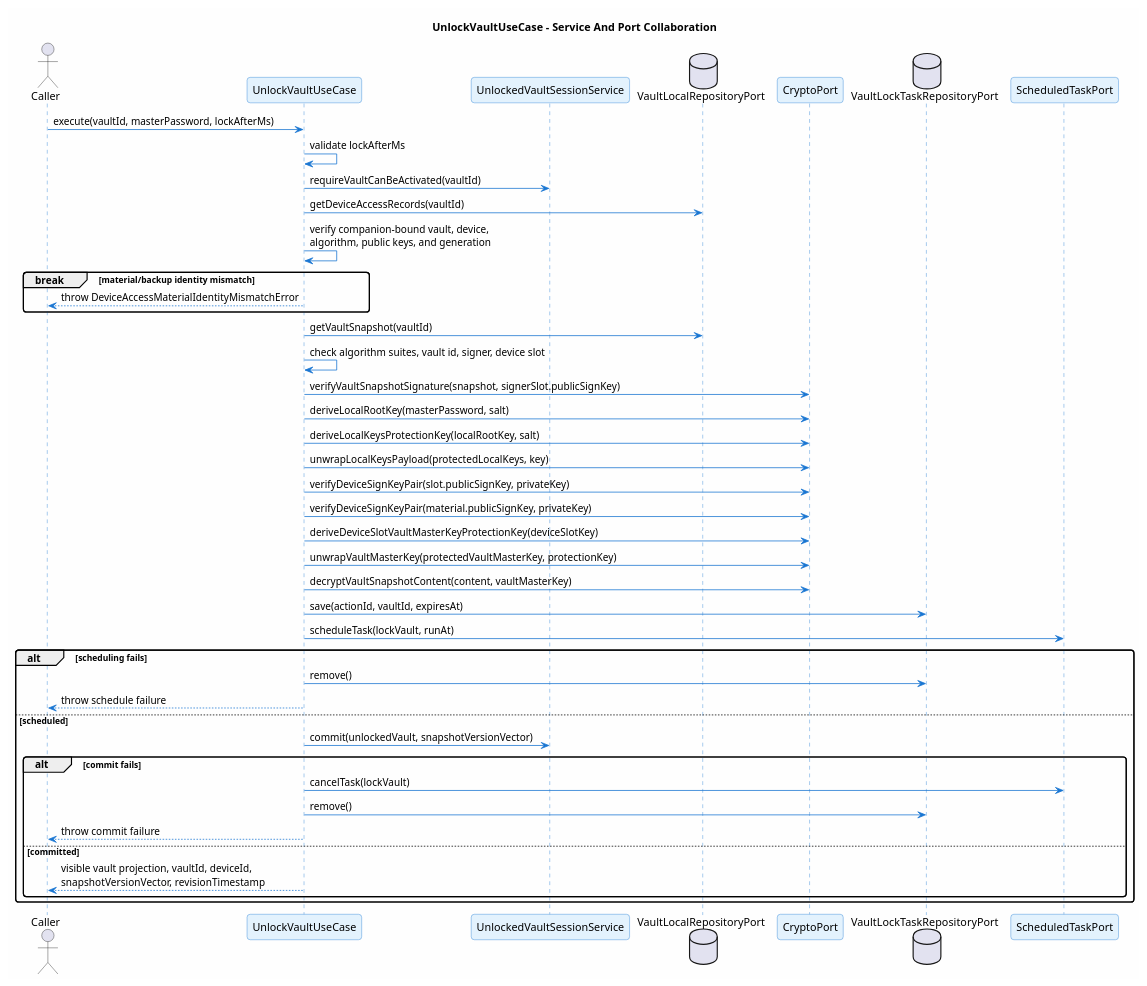
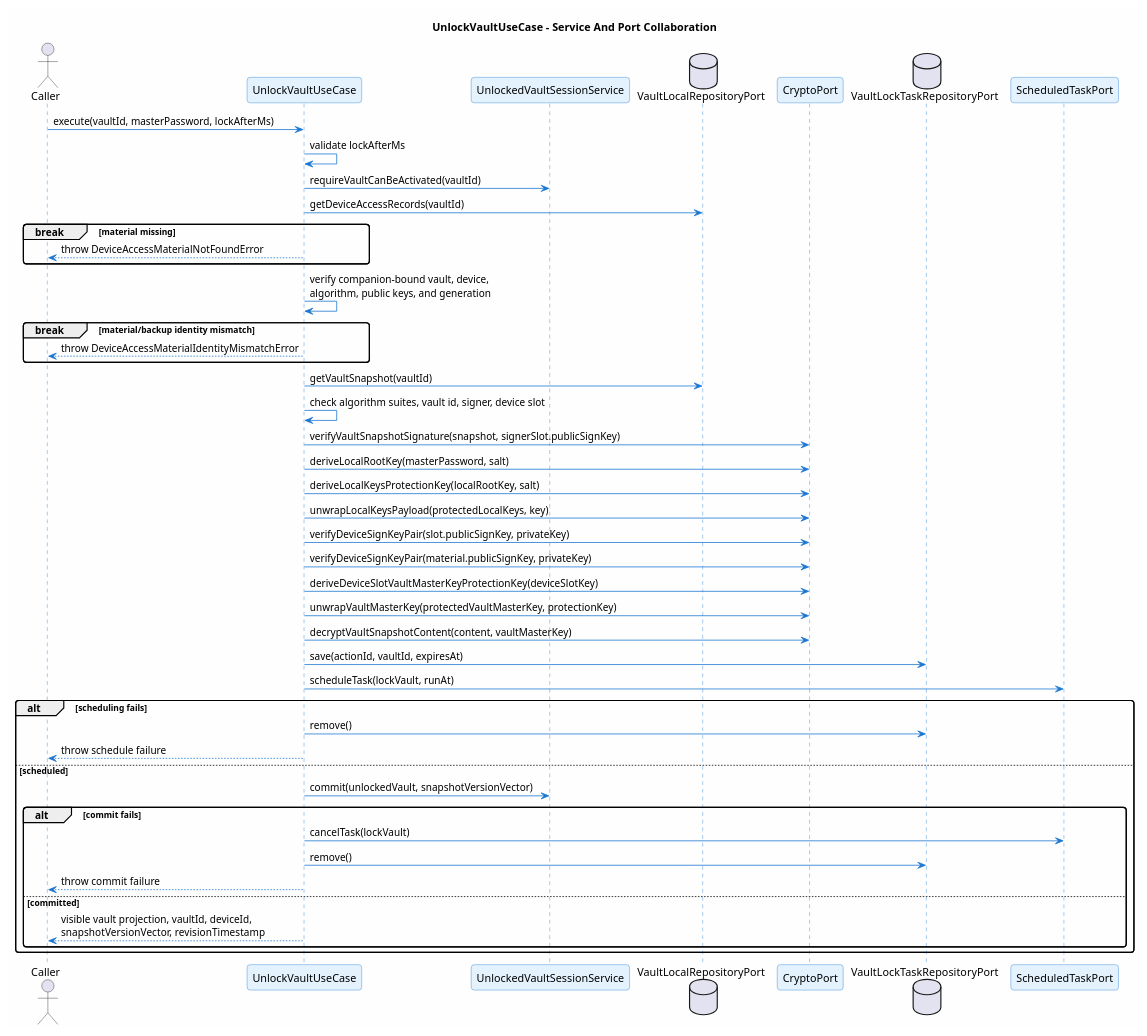
Before and after one commit to ArionStudio/engr-serverless-pm: the diagram in docs/v1/use-case/vault-lifecycle/unlock-vault.sequence.puml, drawn with PlantUML. The commit also changed 6 other files, not shown here.

Commit message:
fix(core): enforce absent device access CAS contract

```diff
--- a/docs/v1/use-case/vault-lifecycle/unlock-vault.sequence.puml
+++ b/docs/v1/use-case/vault-lifecycle/unlock-vault.sequence.puml
@@ -1,57 +1,60 @@
 @startuml unlock-vault-sequence
 title UnlockVaultUseCase - Service And Port Collaboration
 
 skinparam backgroundColor #FEFEFE
 skinparam roundcorner 8
 skinparam shadowing false
 skinparam sequence {
   ArrowColor #1976D2
   LifeLineBorderColor #1976D2
   ParticipantBackgroundColor #E3F2FD
   ParticipantBorderColor #1976D2
 }
 
 actor Caller
 participant "UnlockVaultUseCase" as UC
 participant "UnlockedVaultSessionService" as Session
 database "VaultLocalRepositoryPort" as LocalRepo
 participant "CryptoPort" as Crypto
 database "VaultLockTaskRepositoryPort" as LockRepo
 participant "ScheduledTaskPort" as Tasks
 
 Caller -> UC : execute(vaultId, masterPassword, lockAfterMs)
 UC -> UC : validate lockAfterMs
 UC -> Session : requireVaultCanBeActivated(vaultId)
 UC -> LocalRepo : getDeviceAccessRecords(vaultId)
+break material missing
+  UC --> Caller : throw DeviceAccessMaterialNotFoundError
+end
 UC -> UC : verify companion-bound vault, device,\nalgorithm, public keys, and generation
 break material/backup identity mismatch
   UC --> Caller : throw DeviceAccessMaterialIdentityMismatchError
 end
 UC -> LocalRepo : getVaultSnapshot(vaultId)
 UC -> UC : check algorithm suites, vault id, signer, device slot
 UC -> Crypto : verifyVaultSnapshotSignature(snapshot, signerSlot.publicSignKey)
 UC -> Crypto : deriveLocalRootKey(masterPassword, salt)
 UC -> Crypto : deriveLocalKeysProtectionKey(localRootKey, salt)
 UC -> Crypto : unwrapLocalKeysPayload(protectedLocalKeys, key)
 UC -> Crypto : verifyDeviceSignKeyPair(slot.publicSignKey, privateKey)
 UC -> Crypto : verifyDeviceSignKeyPair(material.publicSignKey, privateKey)
 UC -> Crypto : deriveDeviceSlotVaultMasterKeyProtectionKey(deviceSlotKey)
 UC -> Crypto : unwrapVaultMasterKey(protectedVaultMasterKey, protectionKey)
 UC -> Crypto : decryptVaultSnapshotContent(content, vaultMasterKey)
 UC -> LockRepo : save(actionId, vaultId, expiresAt)
 UC -> Tasks : scheduleTask(lockVault, runAt)
 alt scheduling fails
   UC -> LockRepo : remove()
   UC --> Caller : throw schedule failure
 else scheduled
   UC -> Session : commit(unlockedVault, snapshotVersionVector)
   alt commit fails
     UC -> Tasks : cancelTask(lockVault)
     UC -> LockRepo : remove()
     UC --> Caller : throw commit failure
   else committed
     UC --> Caller : visible vault projection, vaultId, deviceId,\nsnapshotVersionVector, revisionTimestamp
   end
 end
 
 @enduml
```
